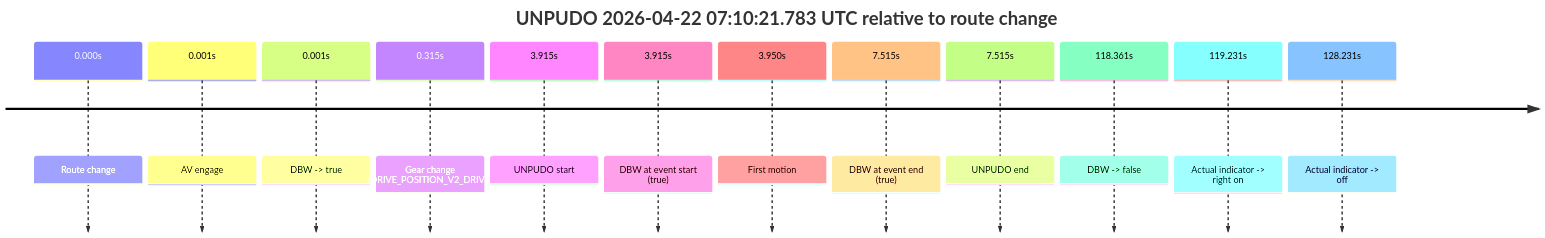
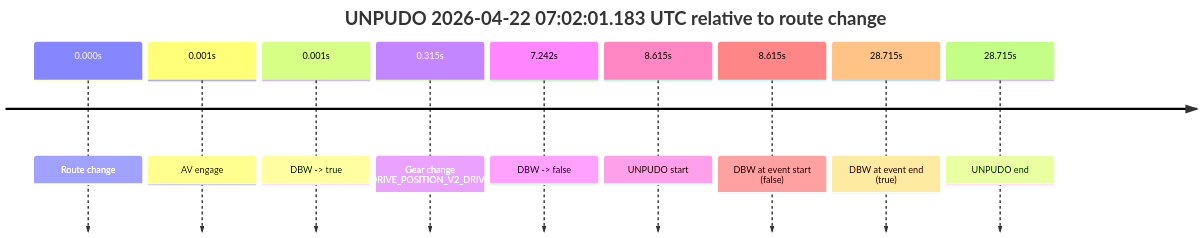
The seventh of 8 diagrams in model_analysis/report_cards/2026/04/Week-4/fme20018--2026-04-22--06-05-20--gen2-av-fac905d8-4d29-4535-814b-562af90b07e7.md (yoelshapiro/vault), drawn with Mermaid before and after one commit. The commit also changed other lines of this file and 53 other files, not shown here.

````diff
--- a/model_analysis/report_cards/2026/04/Week-4/fme20018--2026-04-22--06-05-20--gen2-av-fac905d8-4d29-4535-814b-562af90b07e7.md
+++ b/model_analysis/report_cards/2026/04/Week-4/fme20018--2026-04-22--06-05-20--gen2-av-fac905d8-4d29-4535-814b-562af90b07e7.md
@@ -328,16 +596,13 @@
 ```mermaid
 timeline
-    title UNPUDO 2026-04-22 07:10:21.783 UTC relative to route change
+    title UNPUDO 2026-04-22 07:02:01.183 UTC relative to route change
     0.000s : Route change
     0.001s : AV engage
     0.001s : DBW -> true
     0.315s : Gear change (DRIVE_POSITION_V2_DRIVE)
-    3.915s : UNPUDO start
-    3.915s : DBW at event start (true)
-    3.950s : First motion
-    7.515s : DBW at event end (true)
-    7.515s : UNPUDO end
-    118.361s : DBW -> false
-    119.231s : Actual indicator -> right on
-    128.231s : Actual indicator -> off
+    7.242s : DBW -> false
+    8.615s : UNPUDO start
+    8.615s : DBW at event start (false)
+    28.715s : DBW at event end (true)
+    28.715s : UNPUDO end
 ```
````
